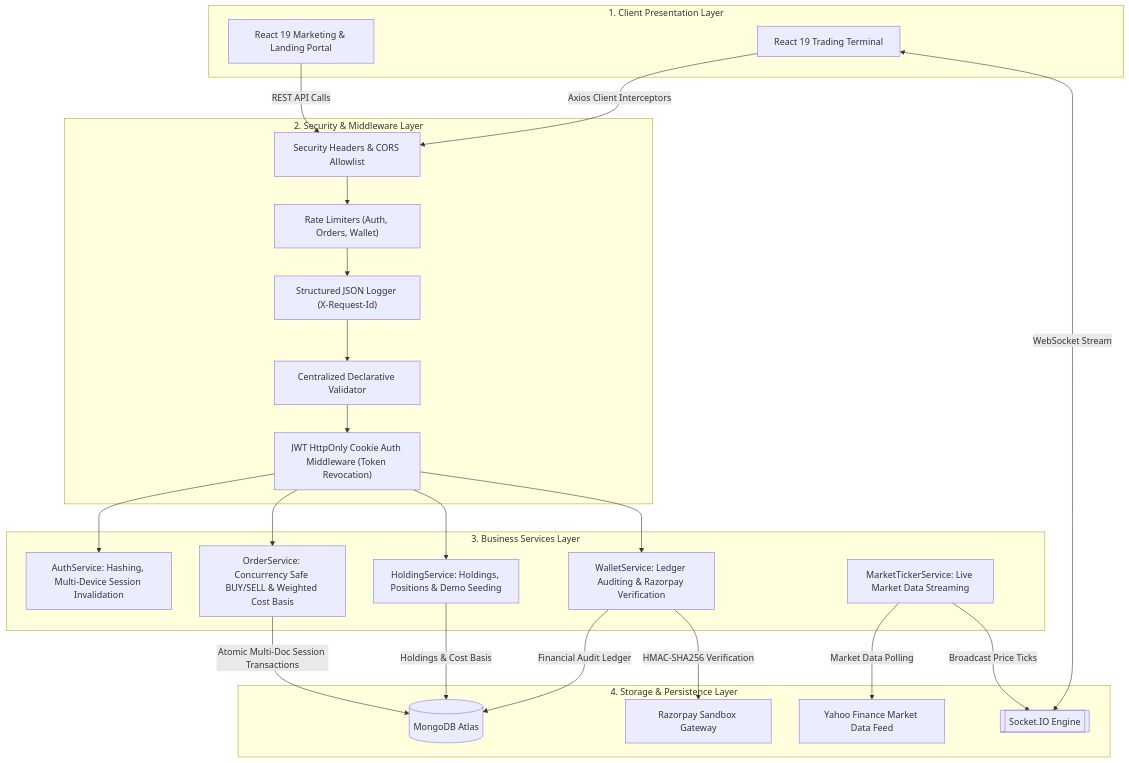
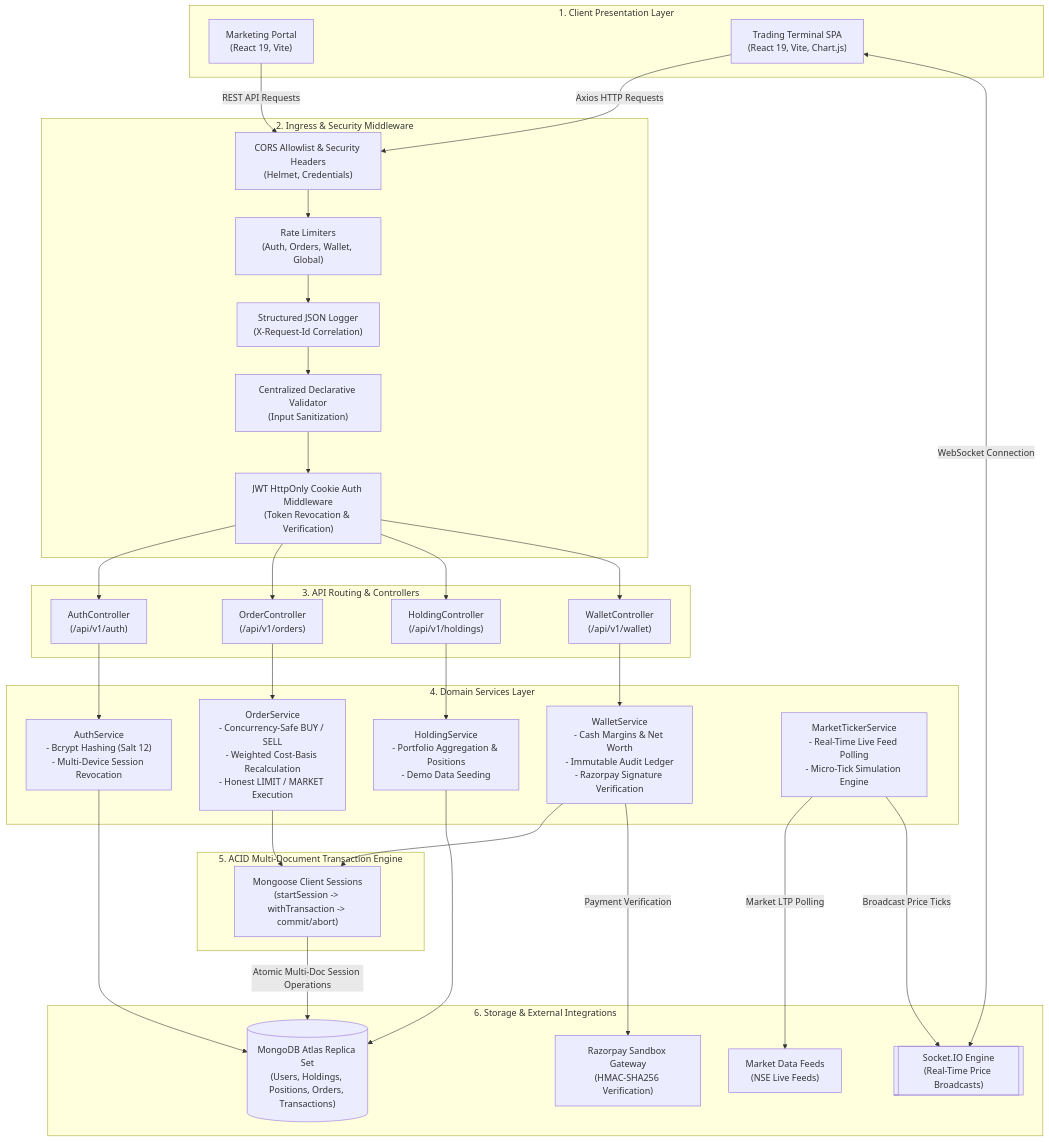
Before and after one commit to Sekhar01807/Trading-platform: the first of 3 diagrams in README.md, drawn with Mermaid. The commit also changed other lines of this file, not shown here.

Commit message:
docs: update system architecture diagram and polish documentation formatting

````diff
--- a/README.md
+++ b/README.md
@@ -78,47 +46,72 @@
 ```mermaid
 flowchart TB
-    subgraph ClientLayer [1. Client Presentation Layer]
-        FE["React 19 Marketing & Landing Portal"]
-        DASH["React 19 Trading Terminal"]
+    subgraph ClientLayer ["1. Client Presentation Layer"]
+        FE["Marketing Portal<br/>(React 19, Vite)"]
+        DASH["Trading Terminal SPA<br/>(React 19, Vite, Chart.js)"]
     end
 
-    subgraph SecurityLayer [2. Security & Middleware Layer]
-        SEC["Security Headers & CORS Allowlist"]
-        RL["Rate Limiters (Auth, Orders, Wallet)"]
-        LOG["Structured JSON Logger (X-Request-Id)"]
-        VAL["Centralized Declarative Validator"]
-        AUTH["JWT HttpOnly Cookie Auth Middleware (Token Revocation)"]
+    subgraph IngressLayer ["2. Ingress & Security Middleware"]
+        CORS["CORS Allowlist & Security Headers<br/>(Helmet, Credentials)"]
+        RL["Rate Limiters<br/>(Auth, Orders, Wallet, Global)"]
+        LOG["Structured JSON Logger<br/>(X-Request-Id Correlation)"]
+        VAL["Centralized Declarative Validator<br/>(Input Sanitization)"]
+        AUTH["JWT HttpOnly Cookie Auth Middleware<br/>(Token Revocation & Verification)"]
     end
 
-    subgraph ServiceLayer [3. Business Services Layer]
-        AUTH_SVC["AuthService: Hashing, Multi-Device Session Invalidation"]
-        ORDER_SVC["OrderService: Concurrency Safe BUY/SELL & Weighted Cost Basis"]
-        HOLDING_SVC["HoldingService: Holdings, Positions & Demo Seeding"]
-        WALLET_SVC["WalletService: Ledger Auditing & Razorpay Verification"]
-        TICKER_SVC["MarketTickerService: Live Market Data Streaming"]
+    subgraph ControllerLayer ["3. API Routing & Controllers"]
+        AUTH_CTRL["AuthController<br/>(/api/v1/auth)"]
+        ORDER_CTRL["OrderController<br/>(/api/v1/orders)"]
+        HOLD_CTRL["HoldingController<br/>(/api/v1/holdings)"]
+        WALL_CTRL["WalletController<br/>(/api/v1/wallet)"]
     end
 
-    subgraph DataLayer [4. Storage & Persistence Layer]
-        MONGO[("MongoDB Atlas")]
-        SOCKET[["Socket.IO Engine"]]
-        YAHOO["Yahoo Finance Market Data Feed"]
-        RZP["Razorpay Sandbox Gateway"]
+    subgraph ServiceLayer ["4. Domain Services Layer"]
+        AUTH_SVC["AuthService<br/>- Bcrypt Hashing (Salt 12)<br/>- Multi-Device Session Revocation"]
+        ORDER_SVC["OrderService<br/>- Concurrency-Safe BUY / SELL<br/>- Weighted Cost-Basis Recalculation<br/>- Honest LIMIT / MARKET Execution"]
+        HOLD_SVC["HoldingService<br/>- Portfolio Aggregation & Positions<br/>- Demo Data Seeding"]
+        WALL_SVC["WalletService<br/>- Cash Margins & Net Worth<br/>- Immutable Audit Ledger<br/>- Razorpay Signature Verification"]
+        TICKER_SVC["MarketTickerService<br/>- Real-Time Live Feed Polling<br/>- Micro-Tick Simulation Engine"]
     end
 
-    FE -->|REST API Calls| SEC
-    DASH -->|Axios Client Interceptors| SEC
-    DASH <-->|WebSocket Stream| SOCKET
+    subgraph TransactionLayer ["5. ACID Multi-Document Transaction Engine"]
+        TX_MGR["Mongoose Client Sessions<br/>(startSession -> withTransaction -> commit/abort)"]
+    end
 
-    SEC --> RL --> LOG --> VAL --> AUTH
-    AUTH --> AUTH_SVC
-    AUTH --> ORDER_SVC
-    AUTH --> HOLDING_SVC
-    AUTH --> WALLET_SVC
+    subgraph StorageLayer ["6. Storage & External Integrations"]
+        MONGO[("MongoDB Atlas Replica Set<br/>(Users, Holdings, Positions, Orders, Transactions)")]
+        SOCKET[["Socket.IO Engine<br/>(Real-Time Price Broadcasts)"]]
+        RZP["Razorpay Sandbox Gateway<br/>(HMAC-SHA256 Verification)"]
+        YAHOO["Market Data Feeds<br/>(NSE Live Feeds)"]
+    end
 
-    ORDER_SVC -->|Atomic Multi-Doc Session Transactions| MONGO
-    WALLET_SVC -->|Financial Audit Ledger| MONGO
-    WALLET_SVC -->|HMAC-SHA256 Verification| RZP
-    HOLDING_SVC -->|Holdings & Cost Basis| MONGO
-    TICKER_SVC -->|Market Data Polling| YAHOO
+    %% Client Traffic
+    FE -->|REST API Requests| CORS
+    DASH -->|Axios HTTP Requests| CORS
+    DASH <-->|WebSocket Connection| SOCKET
+
+    %% Middleware Pipeline
+    CORS --> RL --> LOG --> VAL --> AUTH
+
+    %% Routing
+    AUTH --> AUTH_CTRL
+    AUTH --> ORDER_CTRL
+    AUTH --> HOLD_CTRL
+    AUTH --> WALL_CTRL
+
+    %% Service Delegation
+    AUTH_CTRL --> AUTH_SVC
+    ORDER_CTRL --> ORDER_SVC
+    HOLD_CTRL --> HOLD_SVC
+    WALL_CTRL --> WALL_SVC
+
+    %% Persistence & Transactions
+    ORDER_SVC --> TX_MGR
+    WALL_SVC --> TX_MGR
+    HOLD_SVC --> MONGO
+    AUTH_SVC --> MONGO
+
+    TX_MGR -->|Atomic Multi-Doc Session Operations| MONGO
+    WALL_SVC -->|Payment Verification| RZP
+    TICKER_SVC -->|Market LTP Polling| YAHOO
     TICKER_SVC -->|Broadcast Price Ticks| SOCKET
 ```
````
